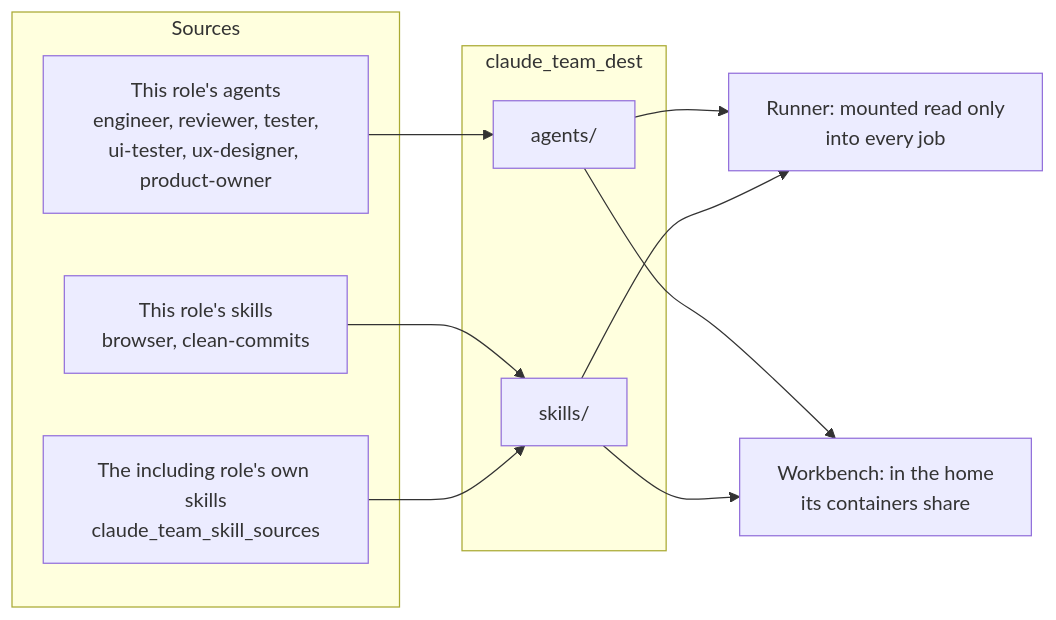
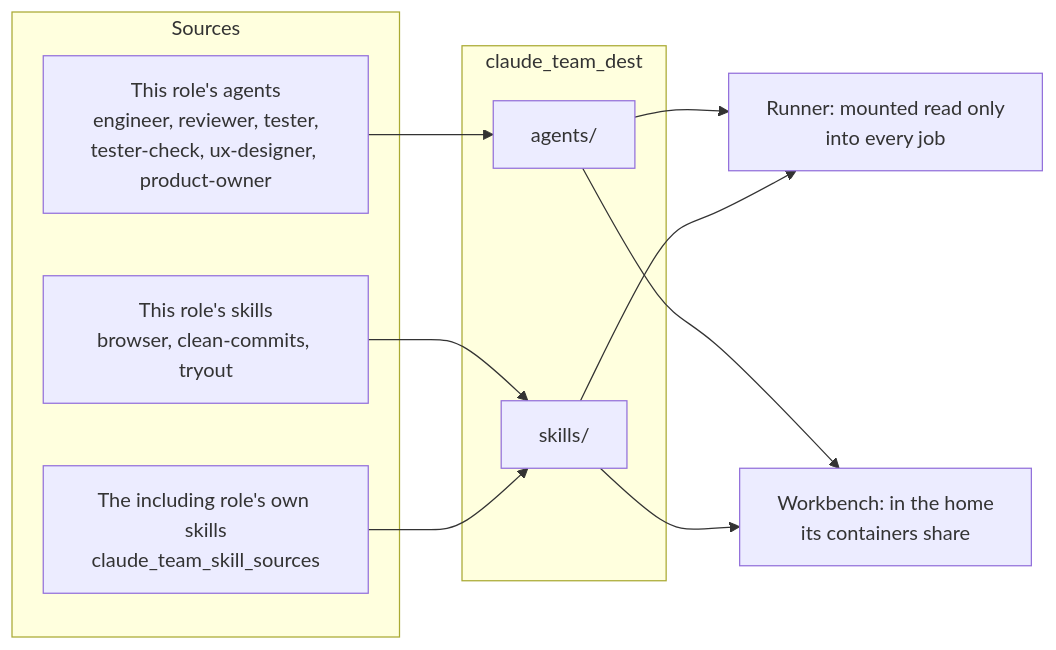
Before and after one commit to Joonalai/ansible-hostkit: the first of 2 diagrams in docs/claude_team.md, drawn with Mermaid. The commit also changed other lines of this file and 21 other files, not shown here.

````diff
--- a/docs/claude_team.md
+++ b/docs/claude_team.md
@@ -11,19 +11,19 @@
 ```mermaid
 flowchart LR
     subgraph Sources
-        A[This role's agents<br/>engineer, reviewer, tester,<br/>ui-tester, ux-designer, product-owner]
-        S[This role's skills<br/>browser, clean-commits]
+        A[This role's agents<br/>engineer, reviewer, tester,<br/>tester-check, ux-designer, product-owner]
+        S[This role's skills<br/>browser, clean-commits, tryout]
         O[The including role's own skills<br/>claude_team_skill_sources]
     end
     subgraph Dest["claude_team_dest"]
         DA[agents/]
         DS[skills/]
     end
     A --> DA
     S --> DS
     O --> DS
     DA --> R[Runner: mounted read only<br/>into every job]
     DS --> R
     DA --> W[Workbench: in the home<br/>its containers share]
     DS --> W
 ```
````
